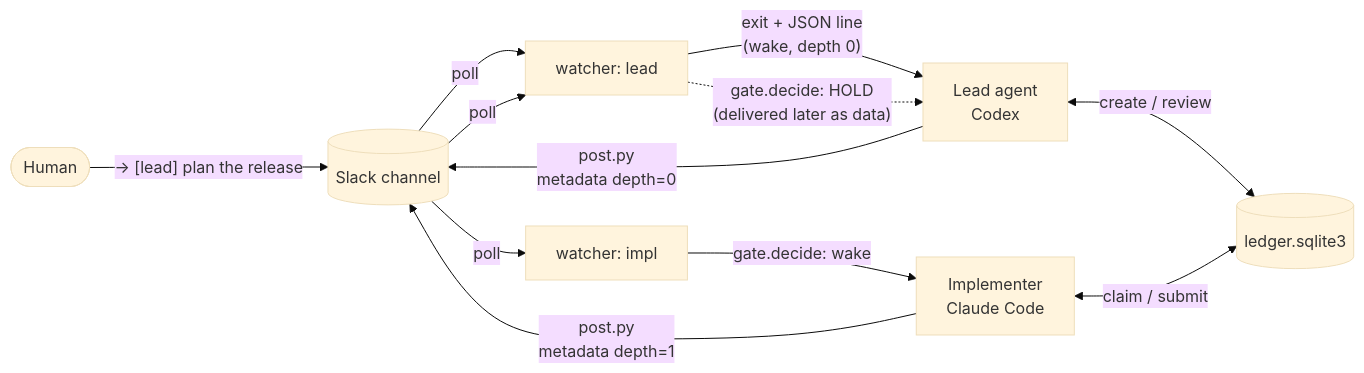
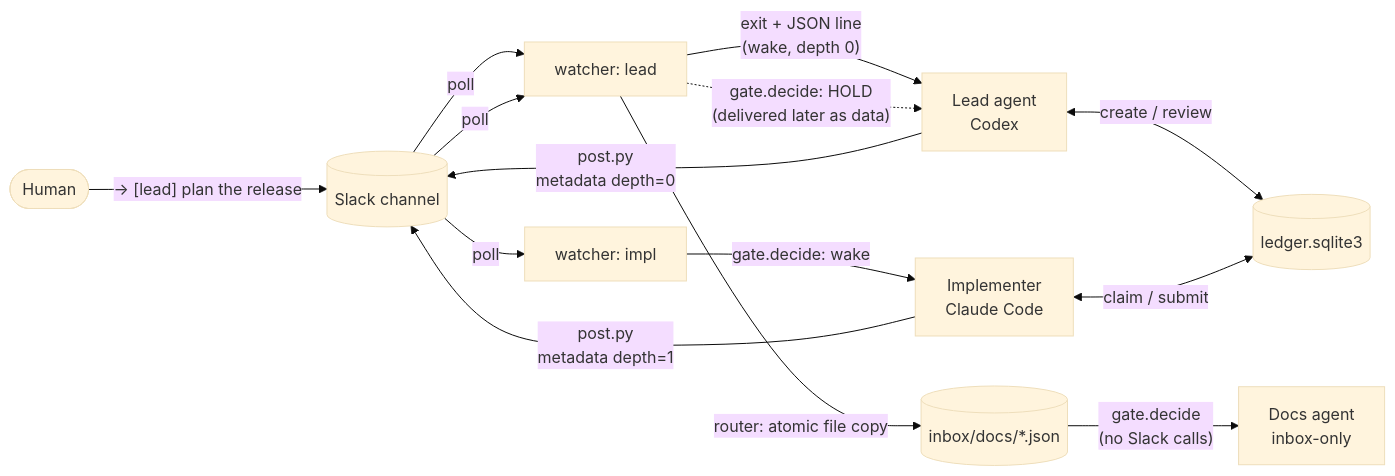
Before and after one commit to son2240/slack-agent-orchestration: the diagram in README.md, drawn with Mermaid (base theme). The commit also changed other lines of this file and 12 other files, not shown here.

````diff
--- a/README.md
+++ b/README.md
@@ -37,14 +39,16 @@
 ```mermaid
 flowchart LR
     H([Human]) -- "-> [lead] plan the release" --> S[(Slack channel)]
     S -- poll --> WL[watcher: lead]
     WL -- "exit + JSON line<br/>(wake, depth 0)" --> L[Lead agent<br/>Codex]
     L -- "post.py<br/>metadata depth=0" --> S
     S -- poll --> WI[watcher: impl]
     WI -- gate.decide: wake --> I[Implementer<br/>Claude Code]
     I -- "post.py<br/>metadata depth=1" --> S
     S -- poll --> WL
     WL -. "gate.decide: HOLD<br/>(delivered later as data)" .-> L
+    WL -- "router: atomic file copy" --> IB[(inbox/docs/*.json)]
+    IB -- "gate.decide<br/>(no Slack calls)" --> D[Docs agent<br/>inbox-only]
     L <-- create / review --> DB[(ledger.sqlite3)]
     I <-- claim / submit --> DB
 ```
````
